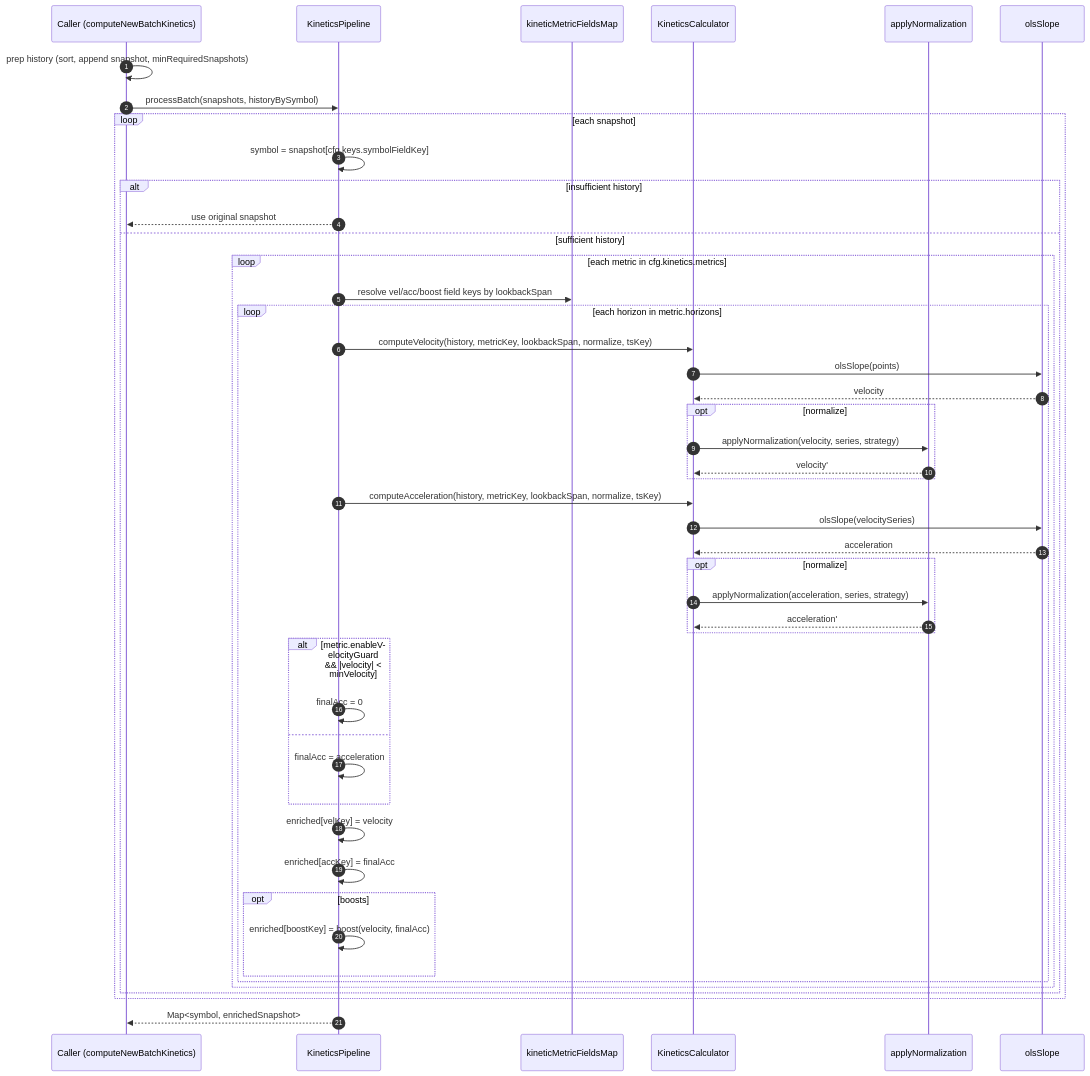
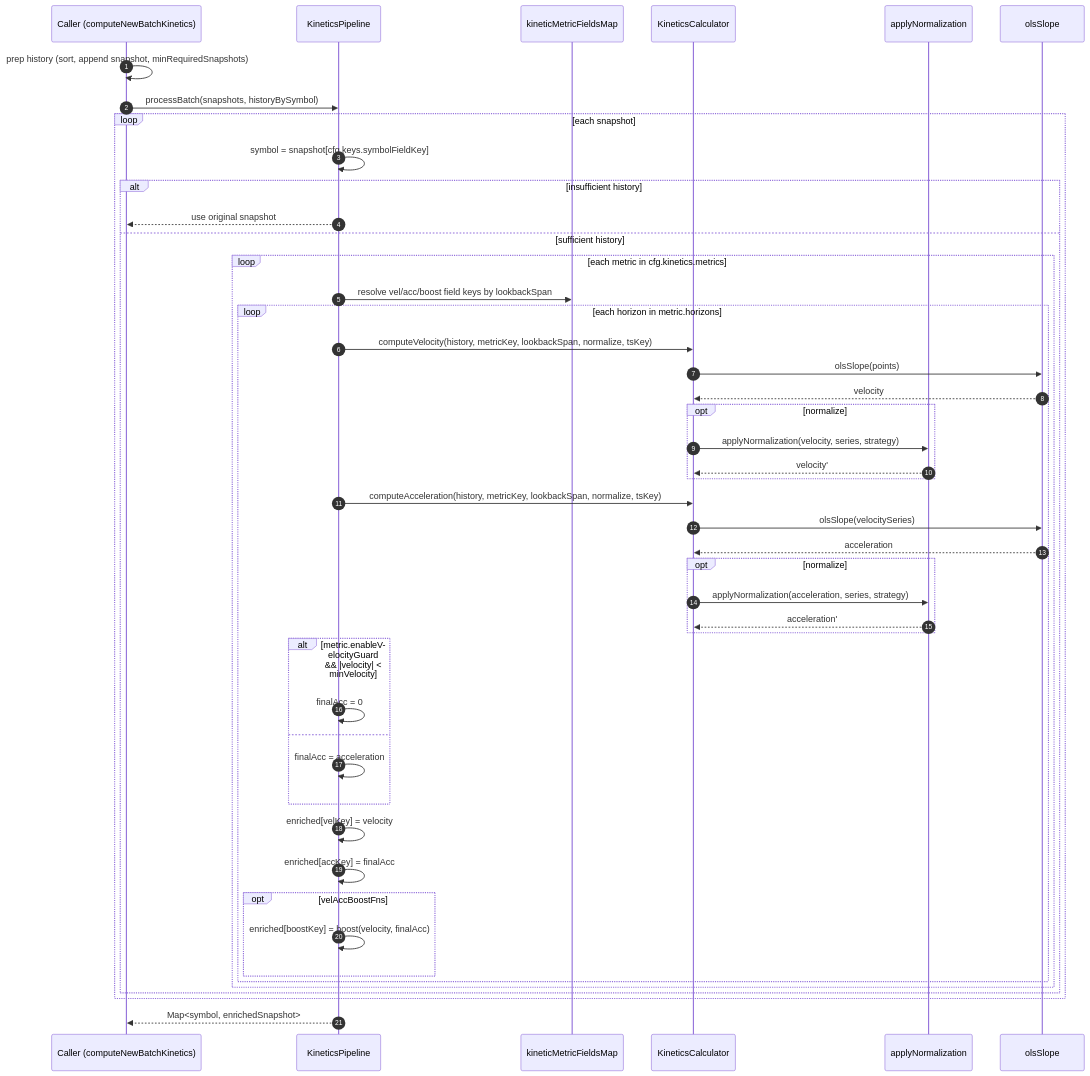
The diagram in src/analytics/leaderboard_latest/seq__kinetics_pipeline_internals.mmd (monolithgoon/momentum-trend-notification-bot), drawn with Mermaid before and after one commit. The commit also changed 27 other files, not shown here.

```diff
--- a/src/analytics/leaderboard_latest/seq__kinetics_pipeline_internals.mmd
+++ b/src/analytics/leaderboard_latest/seq__kinetics_pipeline_internals.mmd
@@ -1,53 +1,53 @@
 sequenceDiagram
     autonumber
     participant Caller as Caller (computeNewBatchKinetics)
     participant Pipeline as KineticsPipeline
     participant Map as kineticMetricFieldsMap
     participant Calc as KineticsCalculator
     participant Norm as applyNormalization
     participant Math as olsSlope
 
     Caller->>Caller: prep history (sort, append snapshot, minRequiredSnapshots)
     Caller->>Pipeline: processBatch(snapshots, historyBySymbol)
 
     loop each snapshot
         Pipeline->>Pipeline: symbol = snapshot[cfg.keys.symbolFieldKey]
         alt insufficient history
             Pipeline-->>Caller: use original snapshot
         else sufficient history
             loop each metric in cfg.kinetics.metrics
                 Pipeline->>Map: resolve vel/acc/boost field keys by lookbackSpan
                 loop each horizon in metric.horizons
                     Pipeline->>Calc: computeVelocity(history, metricKey, lookbackSpan, normalize, tsKey)
                     Calc->>Math: olsSlope(points)
                     Math-->>Calc: velocity
                     opt normalize
                         Calc->>Norm: applyNormalization(velocity, series, strategy)
                         Norm-->>Calc: velocity'
                     end
 
                     Pipeline->>Calc: computeAcceleration(history, metricKey, lookbackSpan, normalize, tsKey)
                     Calc->>Math: olsSlope(velocitySeries)
                     Math-->>Calc: acceleration
                     opt normalize
                         Calc->>Norm: applyNormalization(acceleration, series, strategy)
                         Norm-->>Calc: acceleration'
                     end
 
                     alt metric.enableVelocityGuard && |velocity| < minVelocity
                         Pipeline->>Pipeline: finalAcc = 0
                     else
                         Pipeline->>Pipeline: finalAcc = acceleration
                     end
 
                     Pipeline->>Pipeline: enriched[velKey] = velocity
                     Pipeline->>Pipeline: enriched[accKey] = finalAcc
 
-                    opt boosts
+                    opt velAccBoostFns
                         Pipeline->>Pipeline: enriched[boostKey] = boost(velocity, finalAcc)
                     end
                 end
             end
         end
     end
     Pipeline-->>Caller: Map<symbol, enrichedSnapshot>
```
